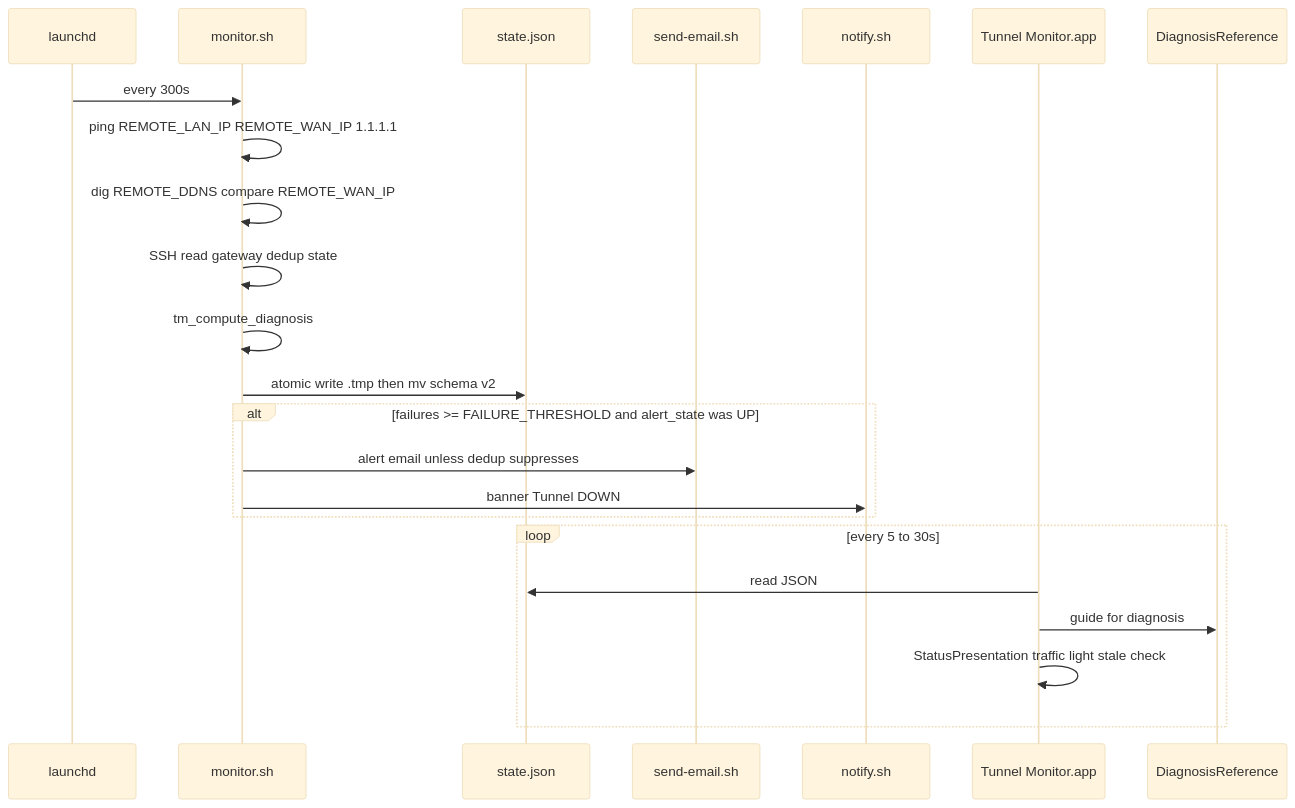
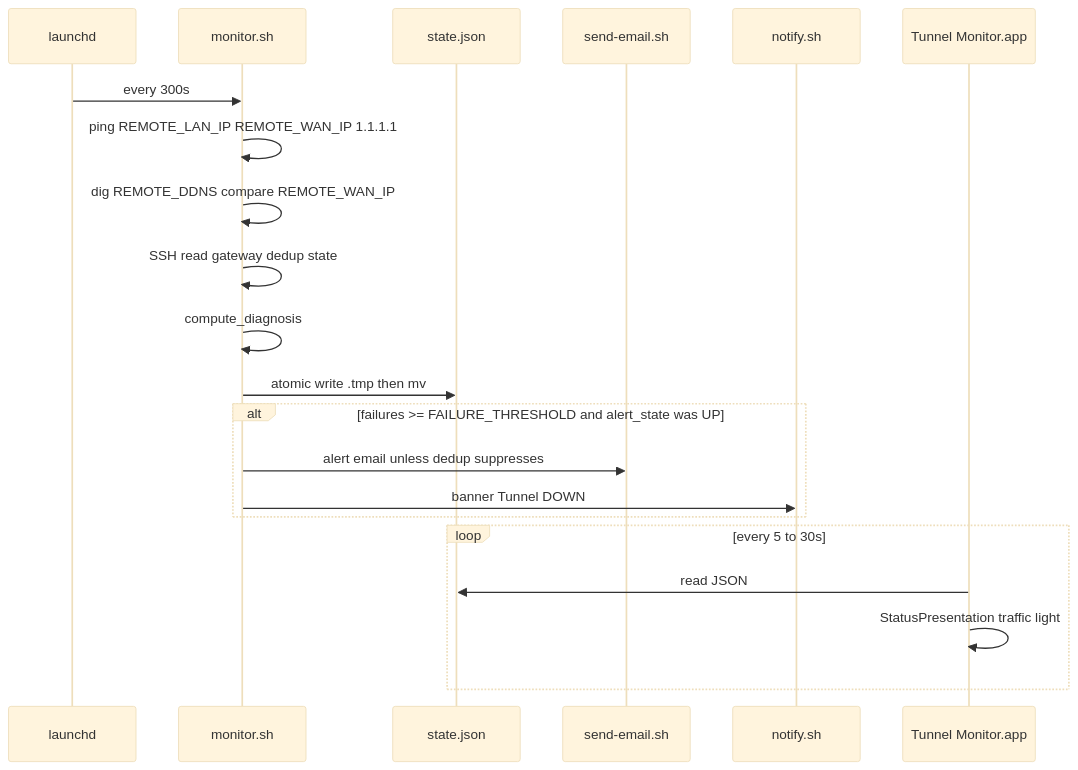
One commit to roto31/Tunnel-Monitor---Universal changed the second of 5 diagrams in legacy/Public/docs/tunnel-monitor/02-architecture.md. Above: the diagram before and after it, drawn with Mermaid (base theme). The commit also changed other lines of this file and 23 other files, not shown here.

````diff
--- a/legacy/Public/docs/tunnel-monitor/02-architecture.md
+++ b/legacy/Public/docs/tunnel-monitor/02-architecture.md
@@ -57,26 +57,24 @@
 ```mermaid
 sequenceDiagram
   participant LD as launchd
   participant M as monitor.sh
   participant S as state.json
   participant E as send-email.sh
   participant N as notify.sh
   participant App as Tunnel Monitor.app
-  participant DR as DiagnosisReference
 
   LD->>M: every 300s
   M->>M: ping REMOTE_LAN_IP REMOTE_WAN_IP 1.1.1.1
   M->>M: dig REMOTE_DDNS compare REMOTE_WAN_IP
   M->>M: SSH read gateway dedup state
-  M->>M: tm_compute_diagnosis
-  M->>S: atomic write .tmp then mv schema v2
+  M->>M: compute_diagnosis
+  M->>S: atomic write .tmp then mv
   alt failures >= FAILURE_THRESHOLD and alert_state was UP
     M->>E: alert email unless dedup suppresses
     M->>N: banner Tunnel DOWN
   end
   loop every 5 to 30s
     App->>S: read JSON
-    App->>DR: guide for diagnosis
-    App->>App: StatusPresentation traffic light stale check
+    App->>App: StatusPresentation traffic light
   end
 ```
````
